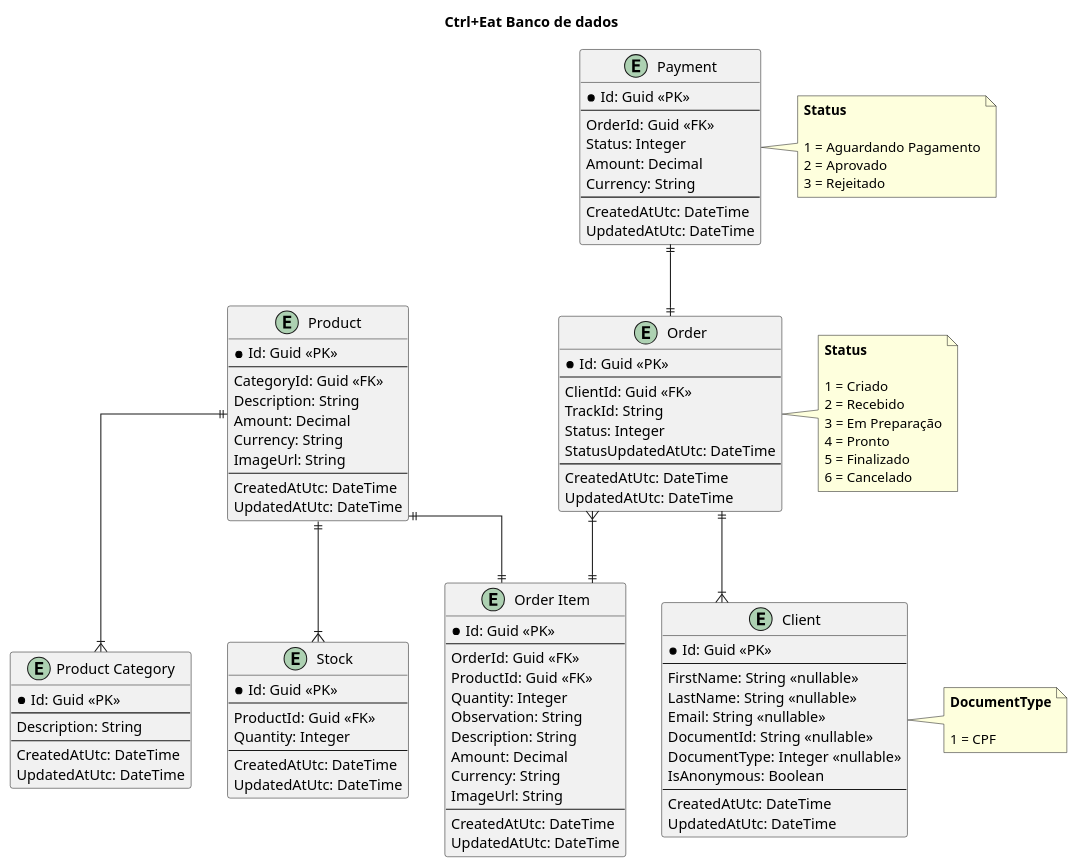
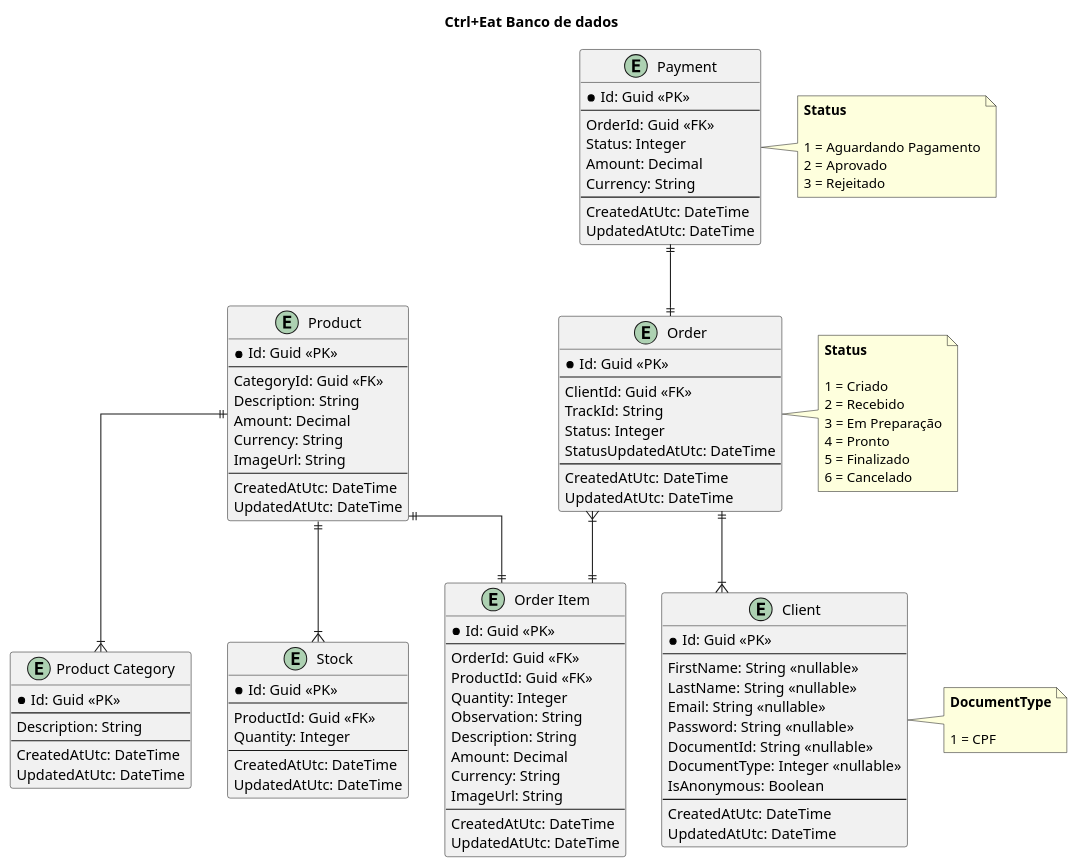
Before and after one commit to jfelipearaujo/fast-food-api: the diagram in docs/database/database.puml, drawn with PlantUML. The commit also changed 3 other files, not shown here.

```diff
--- a/docs/database/database.puml
+++ b/docs/database/database.puml
@@ -1,144 +1,145 @@
 @startuml database
 
 title "Ctrl+Eat Banco de dados"
 
 ' avoid problems with angled crows feet
 skinparam linetype ortho
 
 
 entity "Client" as client {
     *Id: Guid <<PK>>
     ---
     FirstName: String <<nullable>>
     LastName: String <<nullable>>
     Email: String <<nullable>>
+    Password: String <<nullable>>
     DocumentId: String <<nullable>>
     DocumentType: Integer <<nullable>>
     IsAnonymous: Boolean
     ---
     CreatedAtUtc: DateTime
     UpdatedAtUtc: DateTime
 }
 
 entity "Product Category" as productCategory {
     *Id: Guid <<PK>>
     ---
     Description: String
     ---
     CreatedAtUtc: DateTime
     UpdatedAtUtc: DateTime
 }
 
 entity "Product" as product {
     *Id: Guid <<PK>>
     ---
     CategoryId: Guid <<FK>>
     Description: String
     Amount: Decimal
     Currency: String
     ImageUrl: String
     ---
     CreatedAtUtc: DateTime
     UpdatedAtUtc: DateTime
 }
 
 entity "Stock" as stock {
     *Id: Guid <<PK>>
     ---
     ProductId: Guid <<FK>>
     Quantity: Integer
     ---
     CreatedAtUtc: DateTime
     UpdatedAtUtc: DateTime
 }
 
 entity "Order Item" as orderItem {
     *Id: Guid <<PK>>
     ---
     OrderId: Guid <<FK>>
     ProductId: Guid <<FK>>
     Quantity: Integer
     Observation: String
     Description: String
     Amount: Decimal
     Currency: String
     ImageUrl: String
     ---
     CreatedAtUtc: DateTime
     UpdatedAtUtc: DateTime
 }
 
 entity "Payment" as payment {
     *Id: Guid <<PK>>
     ---
     OrderId: Guid <<FK>>
     Status: Integer
     Amount: Decimal
     Currency: String
     ---
     CreatedAtUtc: DateTime
     UpdatedAtUtc: DateTime
 }
 
 entity "Order" as order {
     *Id: Guid <<PK>>
     ---
     ClientId: Guid <<FK>>
     TrackId: String
     Status: Integer
     StatusUpdatedAtUtc: DateTime
     ---
     CreatedAtUtc: DateTime
     UpdatedAtUtc: DateTime
 }
 
 note right of client
     **DocumentType**
 
     1 = CPF
 end note
 
 note right of payment
     **Status**
 
     1 = Aguardando Pagamento
     2 = Aprovado
     3 = Rejeitado
 end note
 
 note right of order
     **Status**
 
     1 = Criado
     2 = Recebido
     3 = Em Preparação
     4 = Pronto
     5 = Finalizado
     6 = Cancelado
 end note
 
 ' a product has Exactly One category
 ' a category has One or More products
 product ||--|{ productCategory
 
 ' a product has Exactly One stock
 ' a stock has One or More products
 product ||--|{ stock
 
 ' a payment has Exactly One order
 ' a order has Exactly One payment
 payment ||--|| order
 
 ' a order has Exactly One client
 ' a client has One or More order
 order ||--|{ client
 
 ' a product has Exactly One orderItem
 ' a orderItem has One or More products
 product ||--|| orderItem
 
 ' a order has One or Mode orderItem
 ' a orderItem has Exactly One order
 order }|--|| orderItem
 
 @enduml
```
